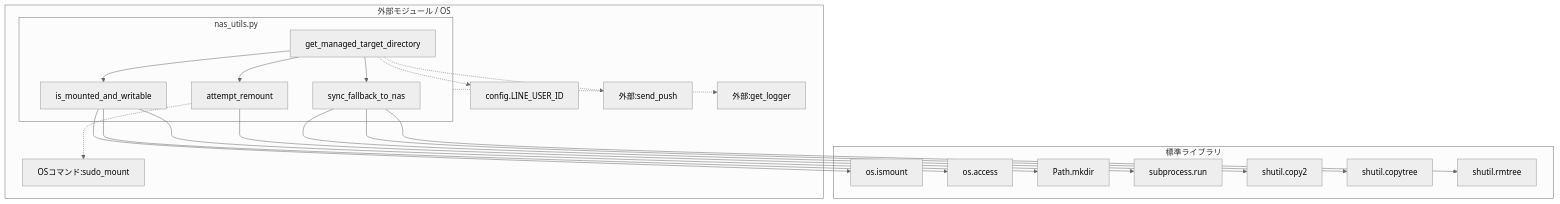
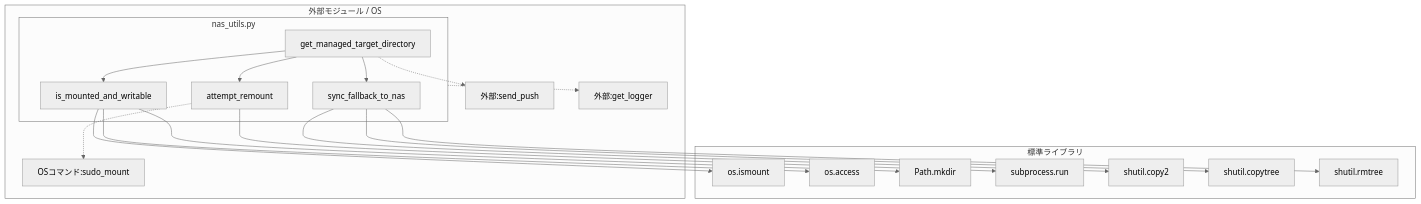
The second of 2 diagrams in docs/specifications/MY_HOME_SYSTEM/nas_utils.md (mmtigers/my_python_project), drawn with Mermaid (neutral theme) before and after one commit. The commit also changed other lines of this file and 33 other files, not shown here.

````diff
--- a/docs/specifications/MY_HOME_SYSTEM/nas_utils.md
+++ b/docs/specifications/MY_HOME_SYSTEM/nas_utils.md
@@ -166,26 +164,25 @@
 ```mermaid
 graph TD
     subgraph nas_utils.py
         get_managed_target_directory --> is_mounted_and_writable
         get_managed_target_directory --> attempt_remount
         get_managed_target_directory --> sync_fallback_to_nas
     end
 
     subgraph 標準ライブラリ
         is_mounted_and_writable --> os.ismount
         is_mounted_and_writable --> os.access
         is_mounted_and_writable --> Path.mkdir
         attempt_remount --> subprocess.run
         sync_fallback_to_nas --> shutil.copy2
         sync_fallback_to_nas --> shutil.copytree
         sync_fallback_to_nas --> shutil.rmtree
     end
 
     subgraph 外部モジュール / OS
-        get_managed_target_directory -.-> config.LINE_USER_ID
         get_managed_target_directory -.-> 外部:send_push
         attempt_remount -.-> OSコマンド:sudo_mount
         nas_utils.py -.-> 外部:get_logger
     end
 
 ```
````
